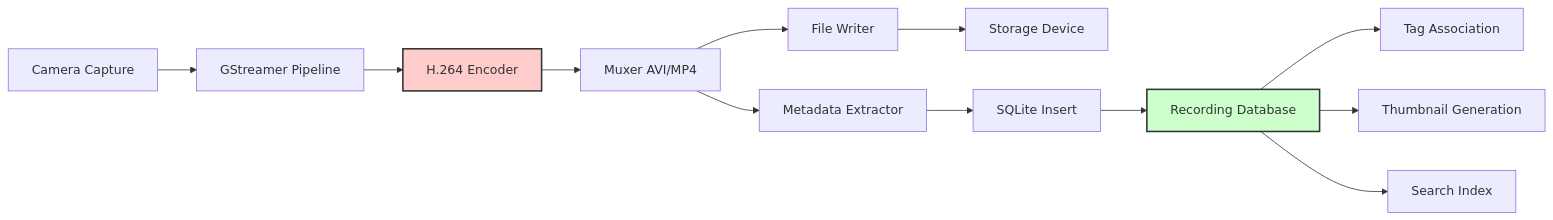
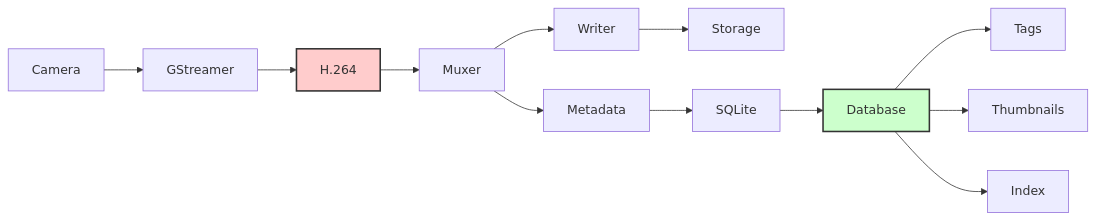
One commit to JayeshKakkad-Rotoclear/Rotoclear-C-Pro-Docs changed the seventh of 9 diagrams in docs/architecture/overview.md. Above: the diagram before and after it, drawn with Mermaid. The commit also changed other lines of this file and 16 other files, not shown here.

Commit message:
Fix Mermaid diagram text overflow issues - Simplified all node labels to prevent text cutoff - Removed line breaks from node text - Shortened labels while maintaining clarity - Fixed all diagrams to display properly on website

````diff
--- a/docs/architecture/overview.md
+++ b/docs/architecture/overview.md
@@ -522,19 +536,19 @@
 ```mermaid
 graph LR
-    A[Camera Capture] --> B[GStreamer Pipeline]
-    B --> C[H.264 Encoder]
-    C --> D[Muxer AVI/MP4]
-    D --> E[File Writer]
-    E --> F[Storage Device]
+    A[Camera] --> B[GStreamer]
+    B --> C[H.264]
+    C --> D[Muxer]
+    D --> E[Writer]
+    E --> F[Storage]
     
-    D --> G[Metadata Extractor]
-    G --> H[SQLite Insert]
-    H --> I[Recording Database]
+    D --> G[Metadata]
+    G --> H[SQLite]
+    H --> I[Database]
     
-    I --> J[Tag Association]
-    I --> K[Thumbnail Generation]
-    I --> L[Search Index]
+    I --> J[Tags]
+    I --> K[Thumbnails]
+    I --> L[Index]
     
     style C fill:#ffcccc,stroke:#333,stroke-width:2px
     style I fill:#ccffcc,stroke:#333,stroke-width:2px
 ```
````
